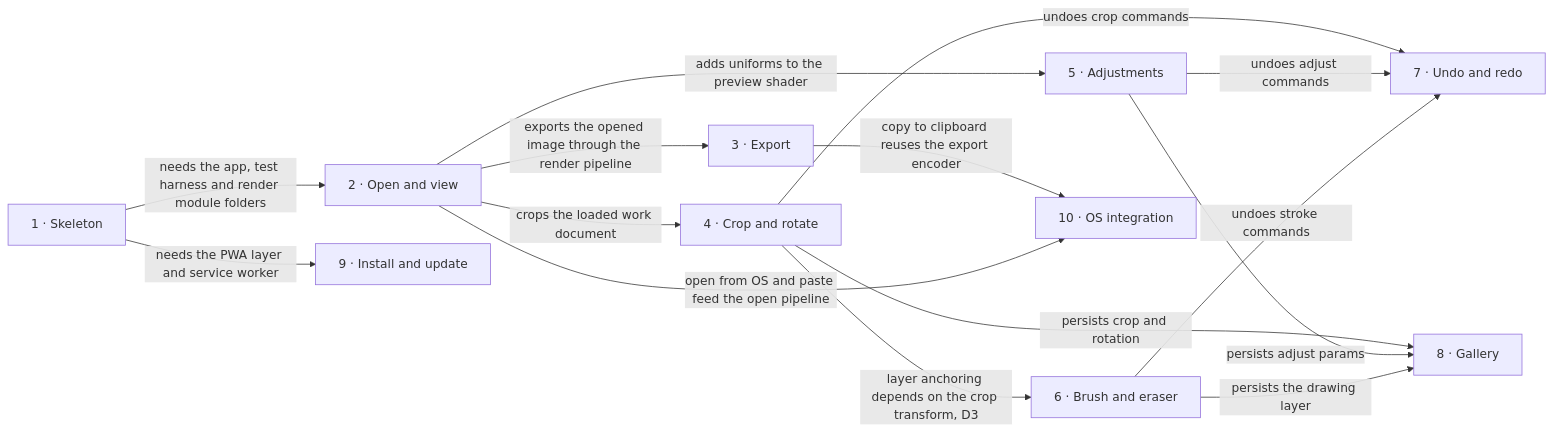
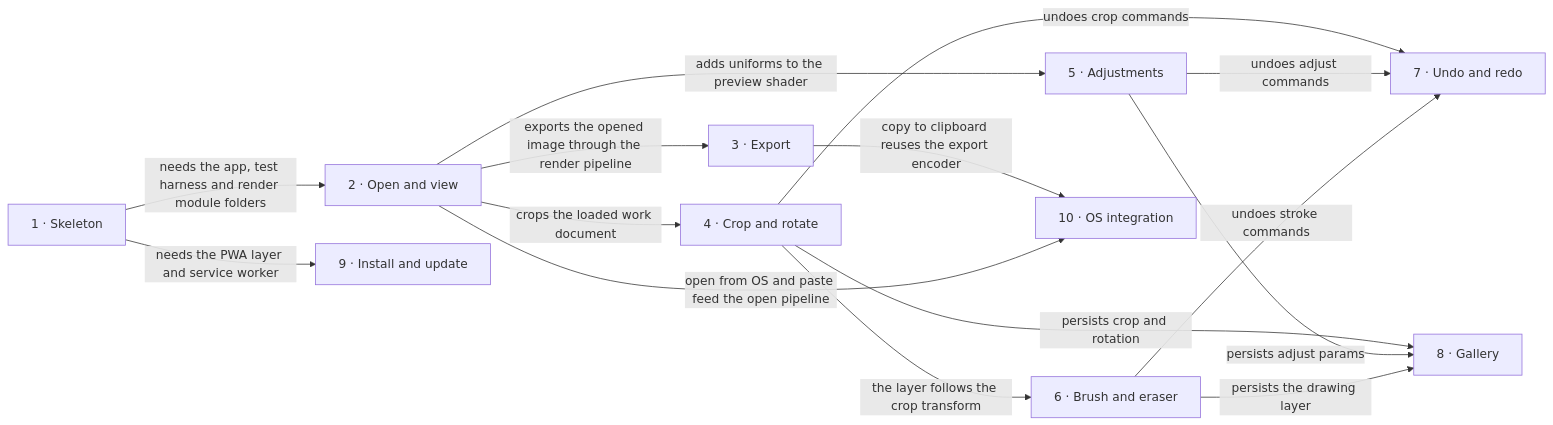
Before and after one commit to Blazheiko/imgly: the diagram in docs/roadmap.md, drawn with Mermaid. The commit also changed other lines of this file and 6 other files, not shown here.

Commit message:
spec: draw — spec, clarify, glossary and ux-flows

````diff
--- a/docs/roadmap.md
+++ b/docs/roadmap.md
@@ -69,17 +69,17 @@
 ```mermaid
 flowchart LR
   s1["1 · Skeleton"] -->|needs the app, test harness and render module folders| s2["2 · Open and view"]
   s1 -->|needs the PWA layer and service worker| s9["9 · Install and update"]
   s2 -->|exports the opened image through the render pipeline| s3["3 · Export"]
   s2 -->|crops the loaded work document| s4["4 · Crop and rotate"]
   s2 -->|adds uniforms to the preview shader| s5["5 · Adjustments"]
-  s4 -->|layer anchoring depends on the crop transform, D3| s6["6 · Brush and eraser"]
+  s4 -->|the layer follows the crop transform| s6["6 · Brush and eraser"]
   s4 -->|undoes crop commands| s7["7 · Undo and redo"]
   s5 -->|undoes adjust commands| s7
   s6 -->|undoes stroke commands| s7
   s4 -->|persists crop and rotation| s8["8 · Gallery"]
   s5 -->|persists adjust params| s8
   s6 -->|persists the drawing layer| s8
   s3 -->|copy to clipboard reuses the export encoder| s10["10 · OS integration"]
   s2 -->|open from OS and paste feed the open pipeline| s10
 ```
````
